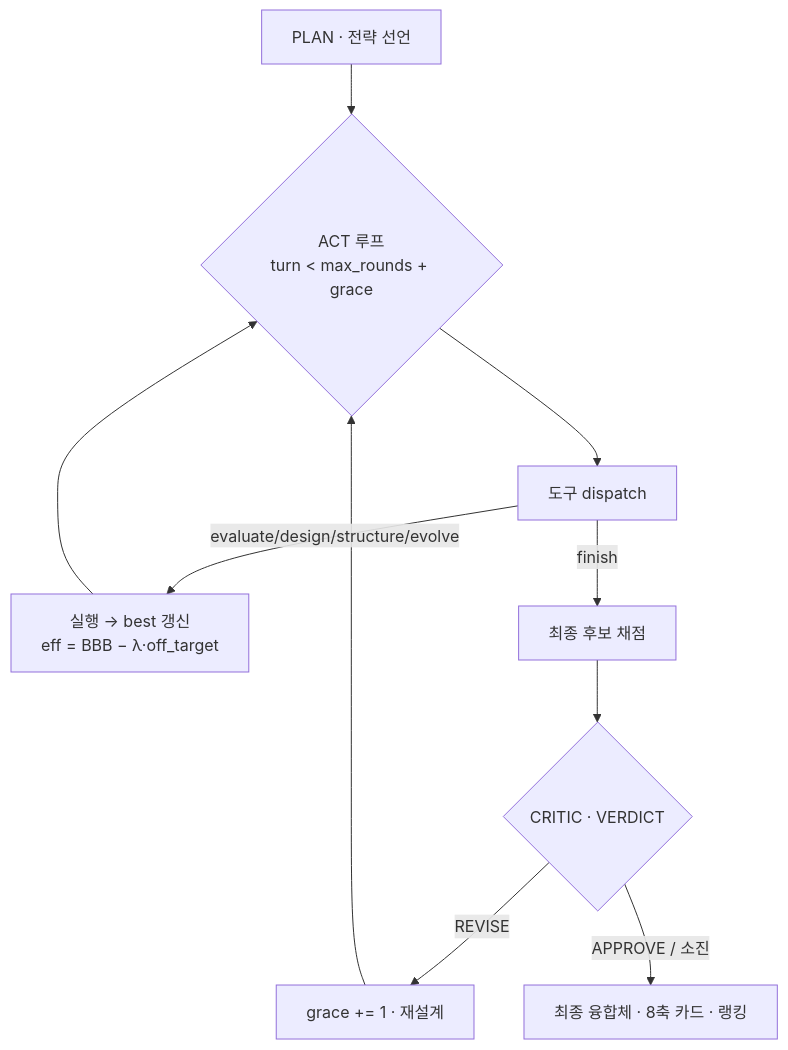
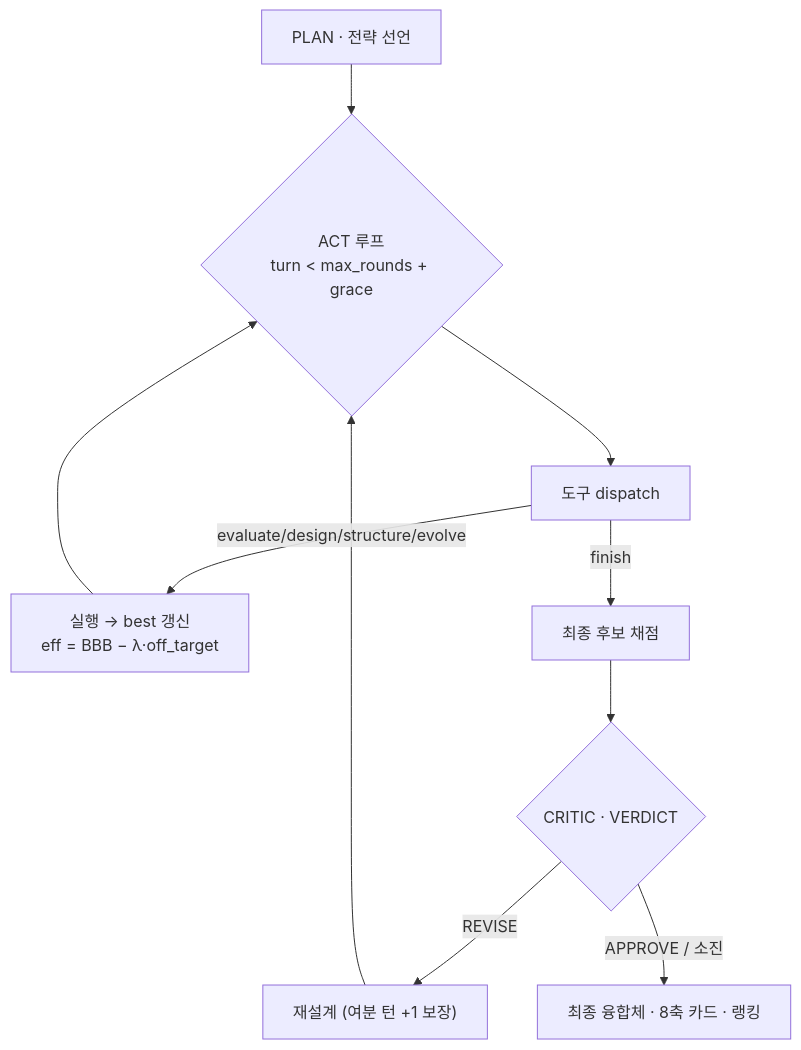
Before and after one commit to yunseul6028/BBB-Optimizer: the second of 2 diagrams in README.md, drawn with Mermaid. The commit also changed 1 other file, not shown here.

Commit message:
docs: 다이어그램의 암호 같은 "grace += 1"을 평이한 말로
README run() 다이어그램 노드 "grace += 1 · 재설계" → "재설계 (여분 턴 +1 보장)".
기획서 §5 사용자용 흐름 "grace 턴" → "여분 턴을 1개 부여해". (코드 명세 §2.9.1의
grace는 설명이 붙어 있어 유지)

````diff
--- a/README.md
+++ b/README.md
@@ -78,11 +78,11 @@
 ```mermaid
 flowchart TD
   P["PLAN · 전략 선언"] --> LOOP{"ACT 루프<br/>turn < max_rounds + grace"}
   LOOP --> DISP["도구 dispatch"]
   DISP -->|"evaluate/design/structure/evolve"| T["실행 → best 갱신<br/>eff = BBB − λ·off_target"]
   T --> LOOP
   DISP -->|"finish"| SC["최종 후보 채점"]
   SC --> CRITIC{"CRITIC · VERDICT"}
-  CRITIC -->|"REVISE"| REV["grace += 1 · 재설계"] --> LOOP
+  CRITIC -->|"REVISE"| REV["재설계 (여분 턴 +1 보장)"] --> LOOP
   CRITIC -->|"APPROVE / 소진"| OUT["최종 융합체 · 8축 카드 · 랭킹"]
 ```
````
